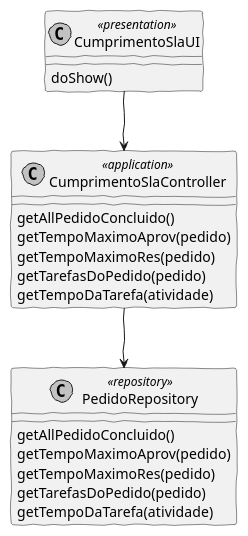
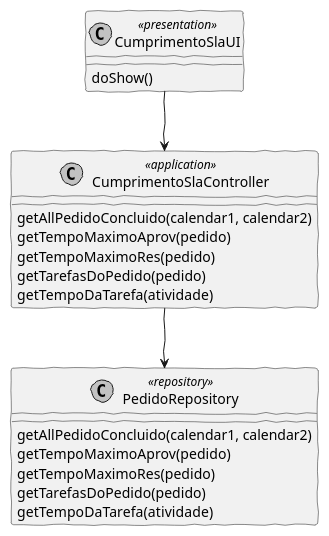
One commit to pedrolemos4/LAPR4 changed the diagram in docs/Sprint D/1190429/US2013/CD2013.puml. Above: the diagram before and after it, drawn with PlantUML. The commit also changed 3 other files, not shown here.

```diff
--- a/docs/Sprint D/1190429/US2013/CD2013.puml
+++ b/docs/Sprint D/1190429/US2013/CD2013.puml
@@ -1,30 +1,30 @@
 @startuml
 'http://plantuml.com/skinparam.html
 skinparam handwritten true
 skinparam monochrome true
 skinparam packageStyle rect
 skinparam defaultFontName FG Virgil
 skinparam shadowing false
 
 class CumprimentoSlaUI <<presentation>>
 class CumprimentoSlaController <<application>>
 class PedidoRepository <<repository>>
 
 CumprimentoSlaUI --> CumprimentoSlaController
 CumprimentoSlaUI : doShow()
 
-CumprimentoSlaController : getAllPedidoConcluido()
+CumprimentoSlaController : getAllPedidoConcluido(calendar1, calendar2)
 CumprimentoSlaController : getTempoMaximoAprov(pedido)
 CumprimentoSlaController : getTempoMaximoRes(pedido)
 CumprimentoSlaController : getTarefasDoPedido(pedido)
 CumprimentoSlaController : getTempoDaTarefa(atividade)
 
 CumprimentoSlaController --> PedidoRepository
 
-PedidoRepository : getAllPedidoConcluido()
+PedidoRepository : getAllPedidoConcluido(calendar1, calendar2)
 PedidoRepository : getTempoMaximoAprov(pedido)
 PedidoRepository : getTempoMaximoRes(pedido)
 PedidoRepository : getTarefasDoPedido(pedido)
 PedidoRepository : getTempoDaTarefa(atividade)
 
 @enduml
```
